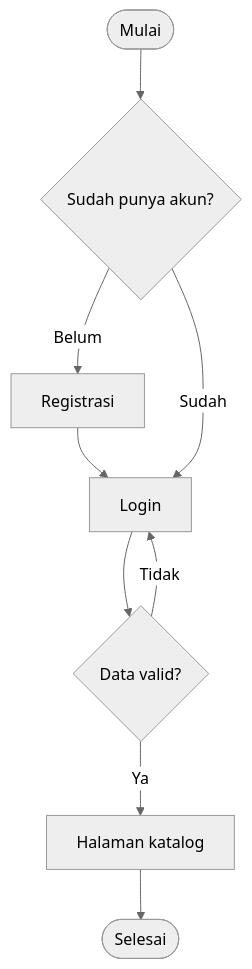
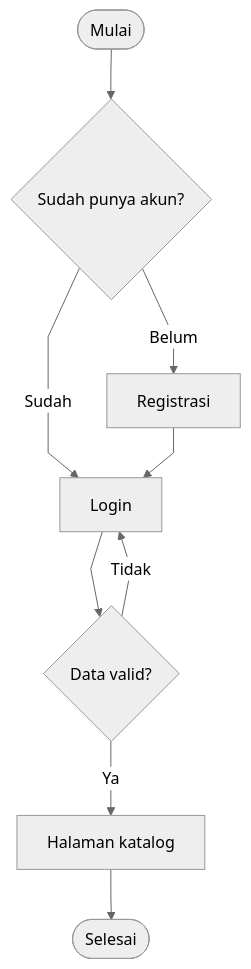
One commit to RPLUNIT052026/KELOMPOK-6---PinjamKuy changed the first of 3 diagrams in sprint-1/flowchart.md. Above: the diagram before and after it, drawn with Mermaid (neutral theme).

````diff
--- a/sprint-1/flowchart.md
+++ b/sprint-1/flowchart.md
@@ -7,11 +7,12 @@
 ```mermaid
+%%{init: {"flowchart": {"defaultRenderer": "dagre", "curve": "linear"}} }%%
 flowchart TD
     A([Mulai]) --> B{Sudah punya akun?}
+    B -- Sudah --> D[Login]
     B -- Belum --> C[Registrasi]
-    C --> D[Login]
-    B -- Sudah --> D
+    C --> D
     D --> E{Data valid?}
+    E -- Ya --> F[Halaman katalog]
     E -- Tidak --> D
-    E -- Ya --> F[Halaman katalog]
     F --> G([Selesai])
 ```
````
